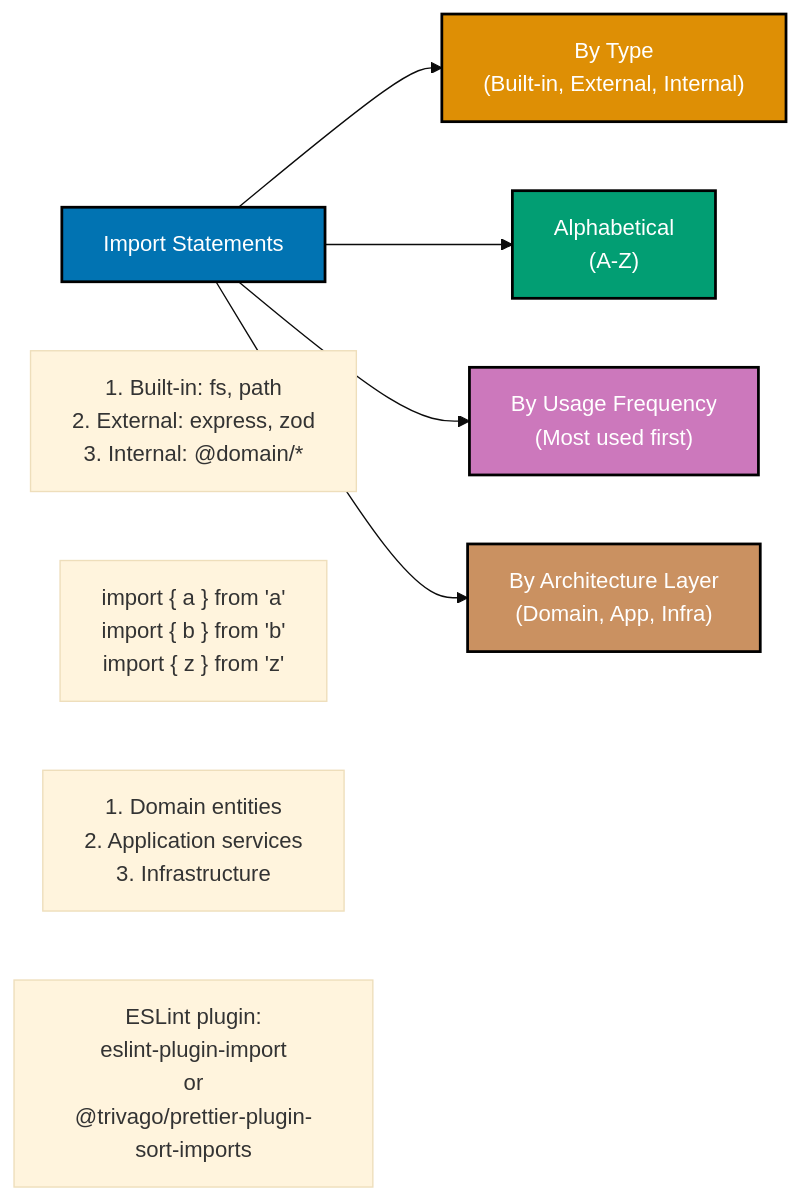
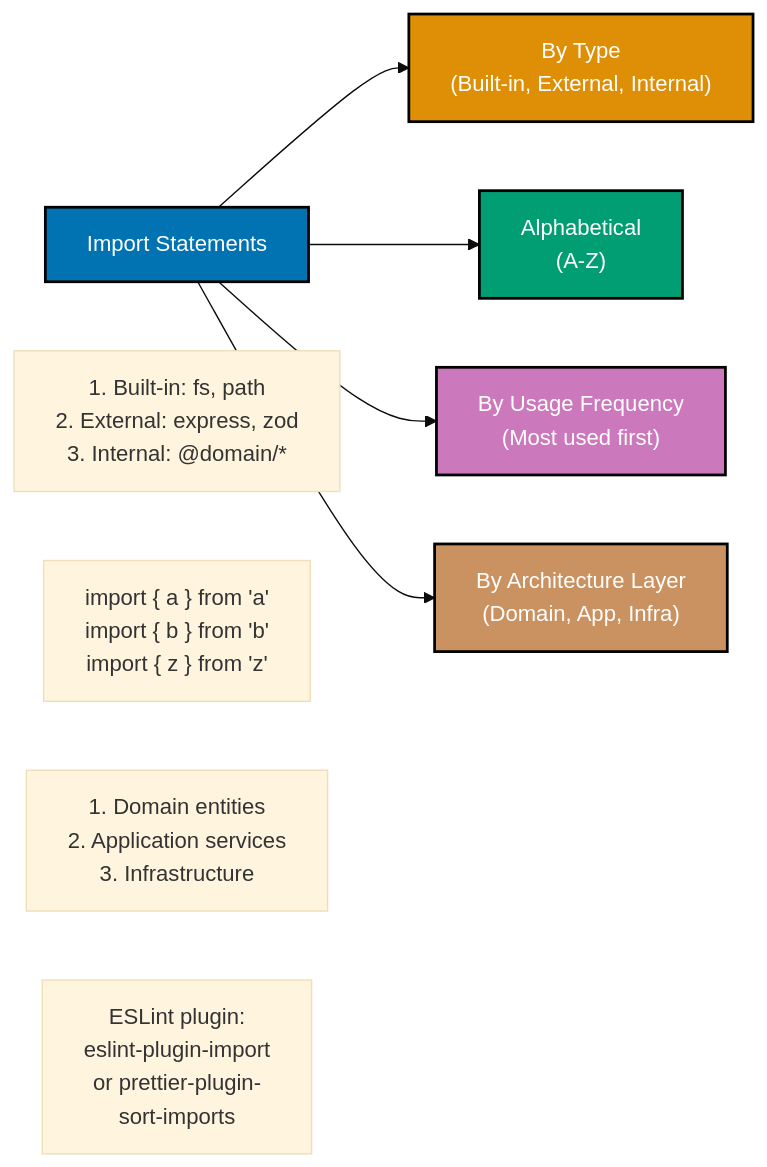
One commit to wahidyankf/ose-primer changed the fourth of 5 diagrams in docs/explanation/software-engineering/programming-languages/typescript/linting-and-formatting.md. Above: the diagram before and after it, drawn with Mermaid (base theme). The commit also changed other lines of this file and 16 other files, not shown here.

Commit message:
fix(docs): fix mermaid violations in typescript/ docs (batch 1/10)

````diff
--- a/docs/explanation/software-engineering/programming-languages/typescript/linting-and-formatting.md
+++ b/docs/explanation/software-engineering/programming-languages/typescript/linting-and-formatting.md
@@ -230,27 +230,27 @@
 ```mermaid
 %% Color Palette: Blue #0173B2, Orange #DE8F05, Teal #029E73, Purple #CC78BC, Brown #CA9161
 graph LR
     Imports["Import Statements"]:::blue
 
-    ByType["By Type<br/>#40;Built-in, External, Internal#41;"]:::orange
+    ByType["By Type<br/>(Built-in, External, Internal)"]:::orange
     ByAlpha["Alphabetical<br/>#40;A-Z#41;"]:::teal
     ByUsage["By Usage Frequency<br/>#40;Most used first#41;"]:::purple
     ByLayer["By Architecture Layer<br/>#40;Domain, App, Infra#41;"]:::brown
 
     Imports --> ByType
     Imports --> ByAlpha
     Imports --> ByUsage
     Imports --> ByLayer
 
     TypeExample["1. Built-in: fs, path<br/>2. External: express, zod<br/>3. Internal: @domain/*"]
     AlphaExample["import { a } from 'a'<br/>import { b } from 'b'<br/>import { z } from 'z'"]
     LayerExample["1. Domain entities<br/>2. Application services<br/>3. Infrastructure"]
 
-    Note1["ESLint plugin:<br/>eslint-plugin-import<br/>or<br/>@trivago/prettier-plugin-sort-imports"]
+    Note1["ESLint plugin:<br/>eslint-plugin-import<br/>or prettier-plugin-<br/>sort-imports"]
 
     classDef blue fill:#0173B2,stroke:#000000,color:#FFFFFF,stroke-width:2px
     classDef orange fill:#DE8F05,stroke:#000000,color:#FFFFFF,stroke-width:2px
     classDef teal fill:#029E73,stroke:#000000,color:#FFFFFF,stroke-width:2px
     classDef purple fill:#CC78BC,stroke:#000000,color:#FFFFFF,stroke-width:2px
     classDef brown fill:#CA9161,stroke:#000000,color:#FFFFFF,stroke-width:2px
 ```
````
